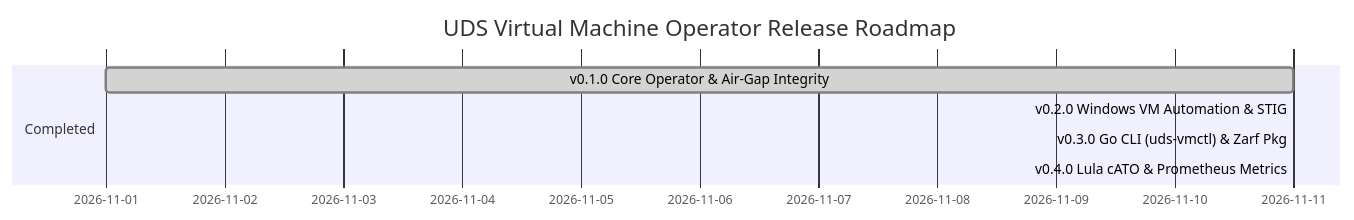
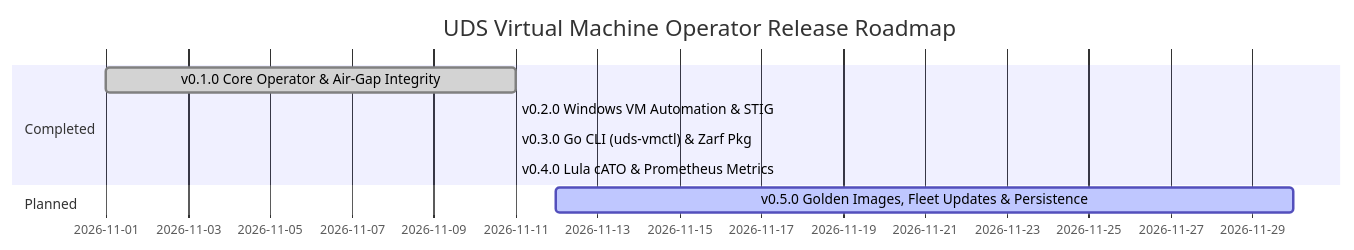
One commit to celttechie/uds-vm-operator changed the diagram in ROADMAP.md. Above: the diagram before and after it, drawn with Mermaid. The commit also changed other lines of this file and 8 other files, not shown here.

````diff
--- a/ROADMAP.md
+++ b/ROADMAP.md
@@ -9,10 +9,12 @@
 ```mermaid
 gantt
     title UDS Virtual Machine Operator Release Roadmap
     dateFormat  YYYY-MM-DD
     section Completed
     v0.1.0 Core Operator & Air-Gap Integrity :done, 2026-11-01, 2026-11-11
     v0.2.0 Windows VM Automation & STIG      :done, 2026-11-11, 2026-11-11
     v0.3.0 Go CLI (uds-vmctl) & Zarf Pkg     :done, 2026-11-11, 2026-11-11
     v0.4.0 Lula cATO & Prometheus Metrics    :done, 2026-11-11, 2026-11-11
+    section Planned
+    v0.5.0 Golden Images, Fleet Updates & Persistence :active, 2026-11-12, 2026-11-30
 ```
````
